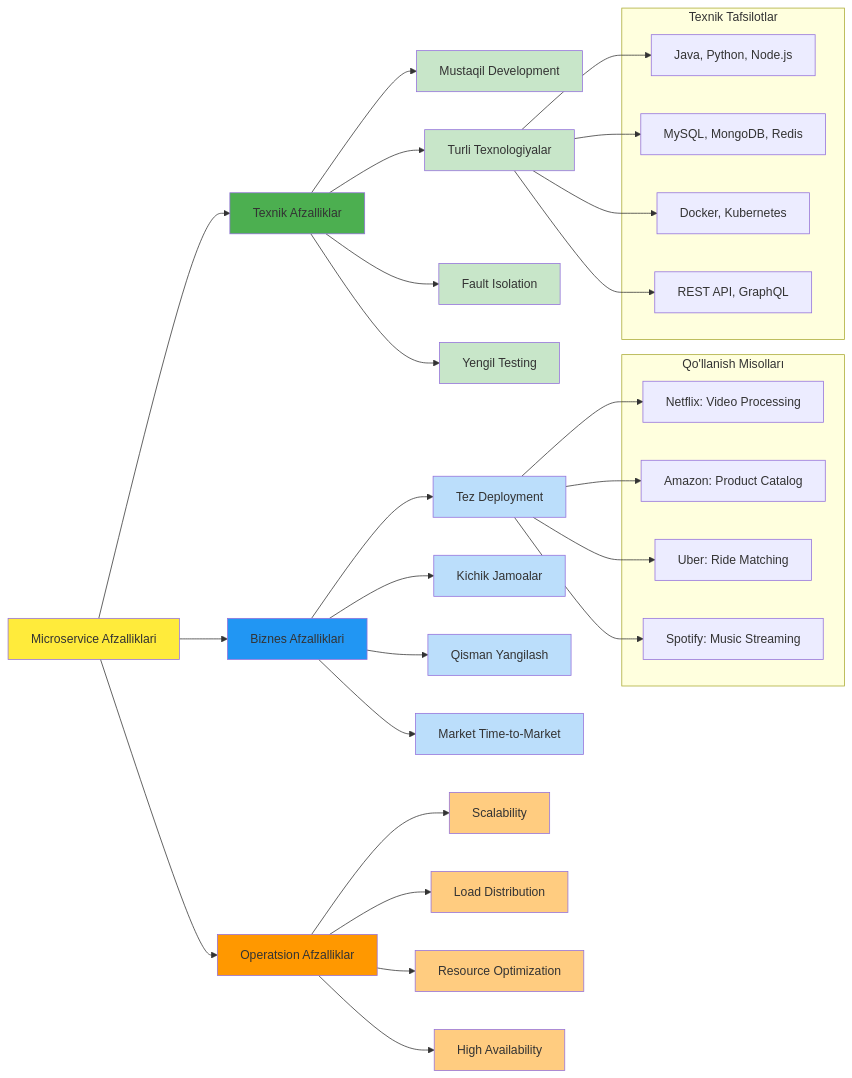
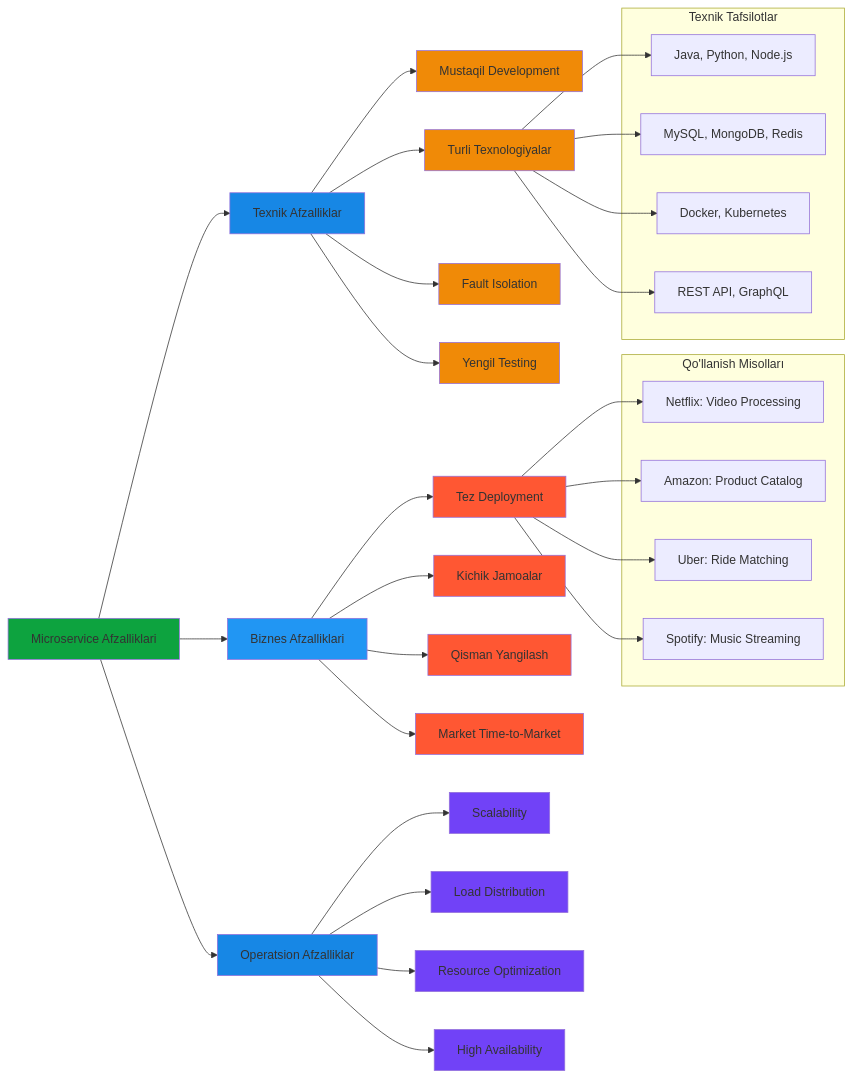
One commit to themusharraf/Microservice changed the second of 2 diagrams in README.md. Above: the diagram before and after it, drawn with Mermaid.

````diff
--- a/README.md
+++ b/README.md
@@ -110,62 +110,62 @@
 ```mermaid
 graph LR
     A[Microservice Afzalliklari] --> B[Texnik Afzalliklar]
     A --> C[Biznes Afzalliklari]
     A --> D[Operatsion Afzalliklar]
-    
+
     B --> B1[Mustaqil Development]
     B --> B2[Turli Texnologiyalar]
     B --> B3[Fault Isolation]
     B --> B4[Yengil Testing]
-    
+
     C --> C1[Tez Deployment]
     C --> C2[Kichik Jamoalar]
     C --> C3[Qisman Yangilash]
     C --> C4[Market Time-to-Market]
-    
+
     D --> D1[Scalability]
     D --> D2[Load Distribution]
     D --> D3[Resource Optimization]
     D --> D4[High Availability]
-    
+
     subgraph "Texnik Tafsilotlar"
         E1[Java, Python, Node.js]
         E2[MySQL, MongoDB, Redis]
         E3[Docker, Kubernetes]
         E4[REST API, GraphQL]
     end
-    
+
     B2 --> E1
     B2 --> E2
     B2 --> E3
     B2 --> E4
-    
+
     subgraph "Qo'llanish Misolları"
         F1[Netflix: Video Processing]
         F2[Amazon: Product Catalog]
         F3[Uber: Ride Matching]
         F4[Spotify: Music Streaming]
     end
-    
+
     C1 --> F1
     C1 --> F2
     C1 --> F3
     C1 --> F4
-    
-    style A fill:#ffeb3b
-    style B fill:#4caf50
+
+    style A fill:#0DA33F
+    style B fill:#1787E5
     style C fill:#2196f3
-    style D fill:#ff9800
-    style B1 fill:#c8e6c9
-    style B2 fill:#c8e6c9
-    style B3 fill:#c8e6c9
-    style B4 fill:#c8e6c9
-    style C1 fill:#bbdefb
-    style C2 fill:#bbdefb
-    style C3 fill:#bbdefb
-    style C4 fill:#bbdefb
-    style D1 fill:#ffcc80
-    style D2 fill:#ffcc80
-    style D3 fill:#ffcc80
-    style D4 fill:#ffcc80
+    style D fill:#1787E5
+    style B1 fill:#F08A07
+    style B2 fill:#F08A07
+    style B3 fill:#F08A07
+    style B4 fill:#F08A07
+    style C1 fill:#FF5733
+    style C2 fill:#FF5733
+    style C3 fill:#FF5733
+    style C4 fill:#FF5733
+    style D1 fill:#7142F7
+    style D2 fill:#7142F7
+    style D3 fill:#7142F7
+    style D4 fill:#7142F7
   ```
````
